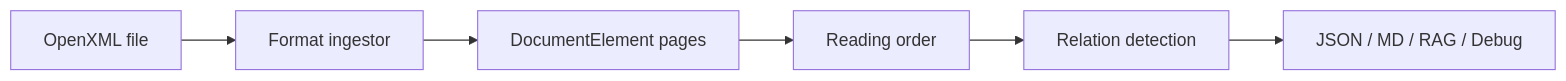
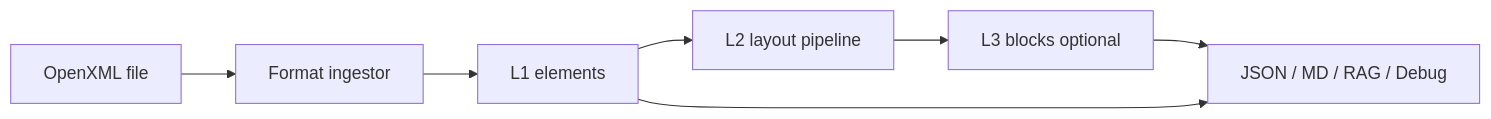
The diagram in README.md (Gaebobman/openxml-parser), drawn with Mermaid before and after one commit. The commit also changed other lines of this file and 6 other files, not shown here.

````diff
--- a/README.md
+++ b/README.md
@@ -76,8 +76,9 @@
 ```mermaid
 flowchart LR
   Input[OpenXML file] --> Ingest[Format ingestor]
-  Ingest --> Elements[DocumentElement pages]
-  Elements --> Order[Reading order]
-  Order --> Rel[Relation detection]
-  Rel --> Out[JSON / MD / RAG / Debug]
+  Ingest --> Elements[L1 elements]
+  Elements --> Layout[L2 layout pipeline]
+  Layout --> Blocks[L3 blocks optional]
+  Blocks --> Out[JSON / MD / RAG / Debug]
+  Elements --> Out
 ```
````
